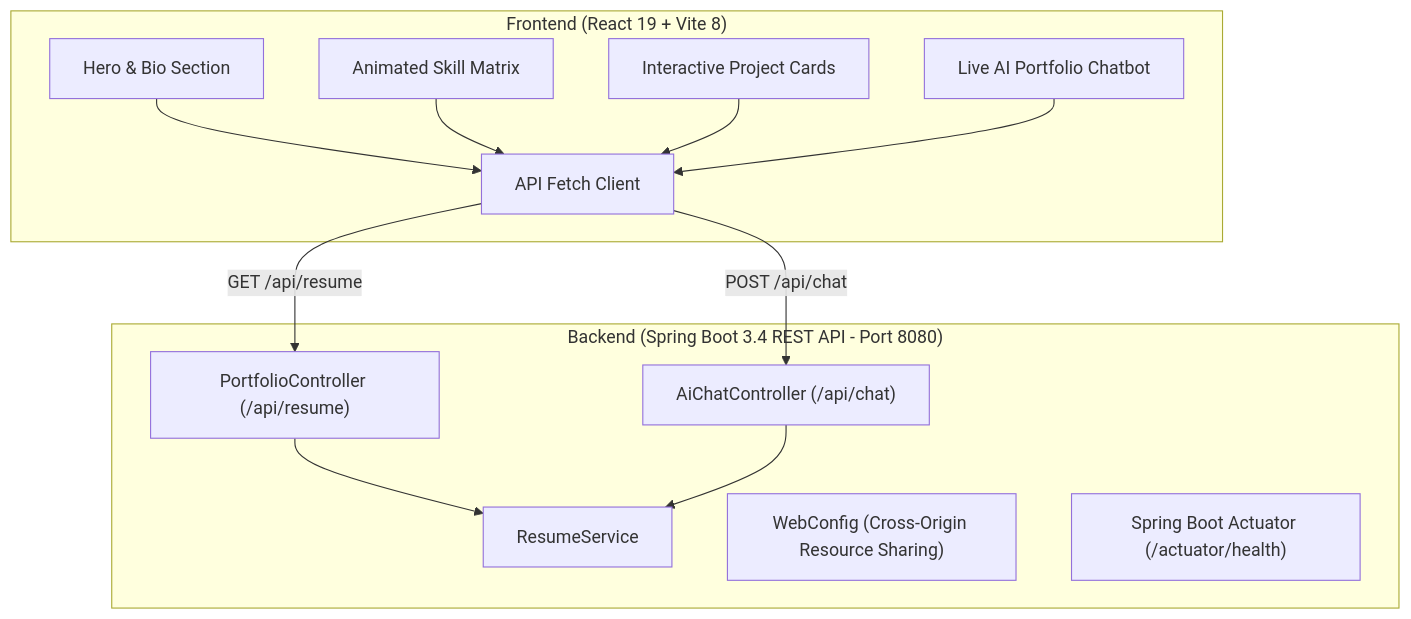
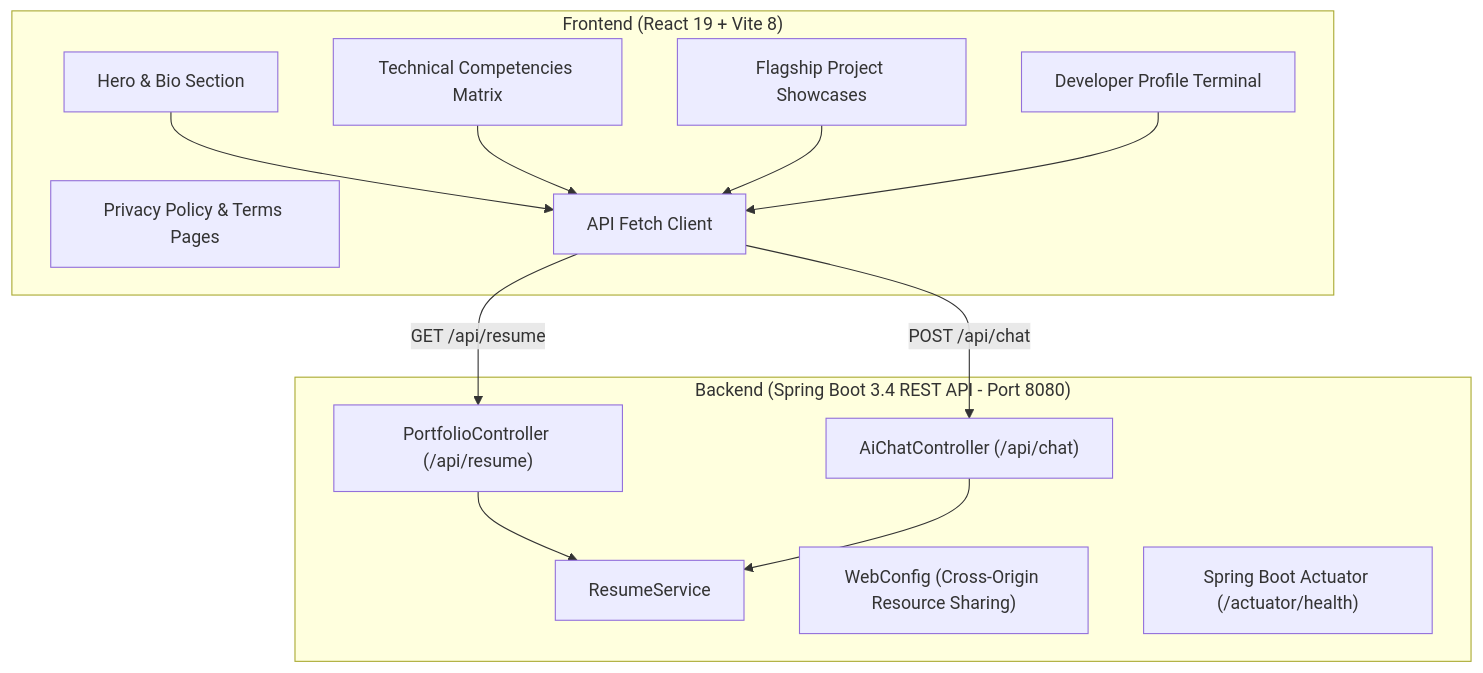
The diagram in README.md (ganesh-badar/portfolio), drawn with Mermaid before and after one commit. The commit also changed other lines of this file and 1 other file, not shown here.

Commit message:
docs: add comprehensive GitHub Pages deployment guide and update architecture specs

````diff
--- a/README.md
+++ b/README.md
@@ -30,29 +30,30 @@
 ```mermaid
 graph TD
     subgraph Client ["Frontend (React 19 + Vite 8)"]
         UI_Hero["Hero & Bio Section"]
-        UI_Skills["Animated Skill Matrix"]
-        UI_Projects["Interactive Project Cards"]
-        UI_Chat["Live AI Portfolio Chatbot"]
+        UI_Skills["Technical Competencies Matrix"]
+        UI_Projects["Flagship Project Showcases"]
+        UI_Console["Developer Profile Terminal"]
+        UI_Legal["Privacy Policy & Terms Pages"]
         Client_API["API Fetch Client"]
     end
 
     subgraph Server ["Backend (Spring Boot 3.4 REST API - Port 8080)"]
         Ctrl_Resume["PortfolioController (/api/resume)"]
         Ctrl_Chat["AiChatController (/api/chat)"]
         Svc_Resume["ResumeService"]
         Cfg_CORS["WebConfig (Cross-Origin Resource Sharing)"]
         Actuator["Spring Boot Actuator (/actuator/health)"]
     end
 
     UI_Hero --> Client_API
     UI_Skills --> Client_API
     UI_Projects --> Client_API
-    UI_Chat --> Client_API
+    UI_Console --> Client_API
 
     Client_API -->|GET /api/resume| Ctrl_Resume
     Client_API -->|POST /api/chat| Ctrl_Chat
 
     Ctrl_Resume --> Svc_Resume
     Ctrl_Chat --> Svc_Resume
 ```
````
